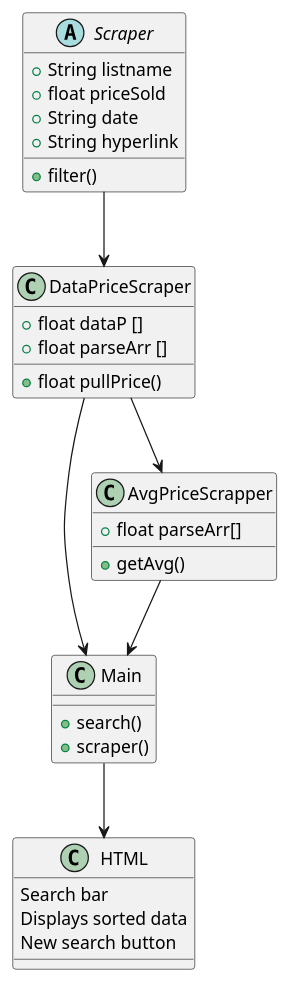
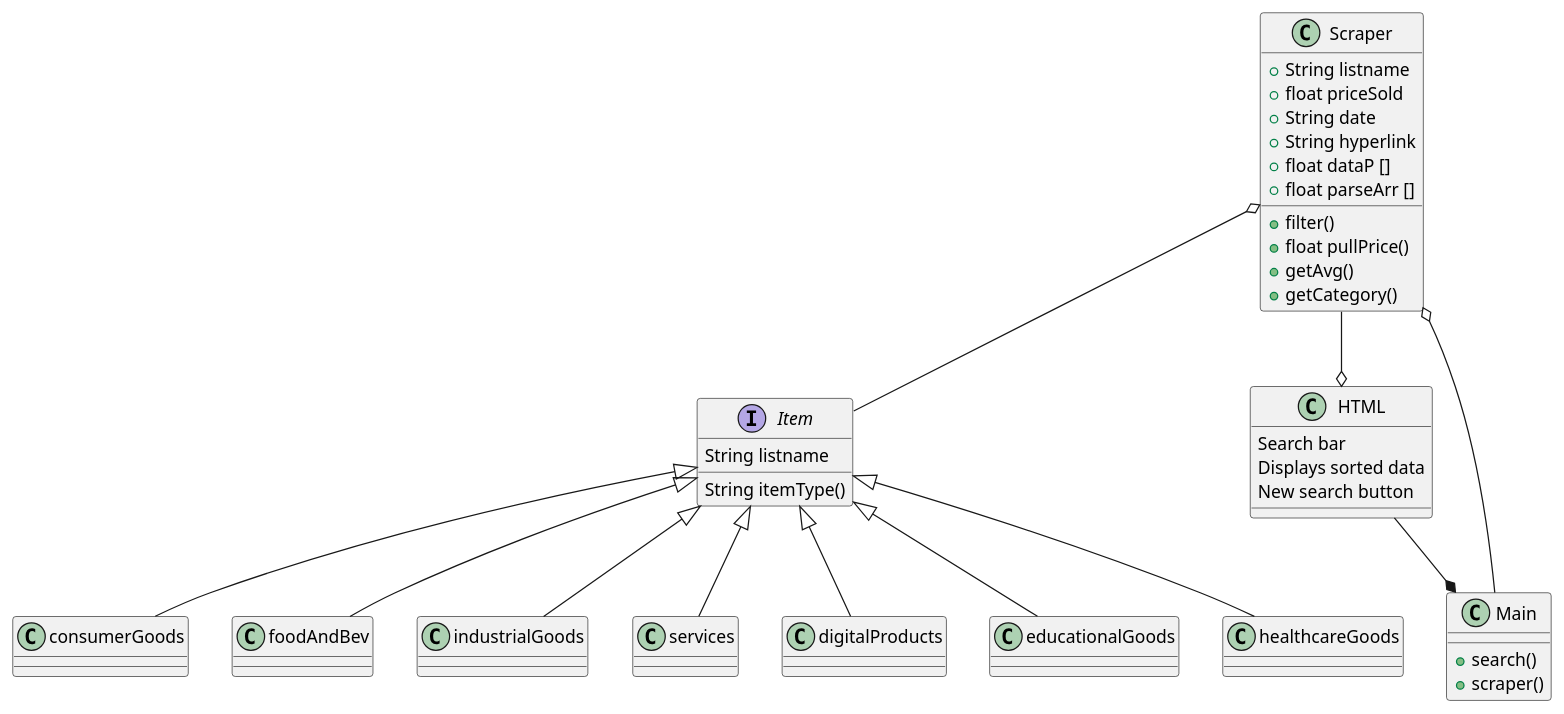
One commit to Grod2/Final-Project-v1.0 changed the diagram in classDiagramFP.puml. Above: the diagram before and after it, drawn with PlantUML.

Commit message:
Update classDiagramFP.puml
Updates including the group's input.

```diff
--- a/classDiagramFP.puml
+++ b/classDiagramFP.puml
@@ -1,41 +1,70 @@
 @startuml
 'https://plantuml.com/class-diagram
 
-abstract class Scraper{
+class Scraper{
 +String listname
 +float priceSold
 +String date
 +String hyperlink
++float dataP []
++float parseArr []
 +filter()
++float pullPrice()
++getAvg()
++getCategory()
 }
+
 class Main {
 +search()
 +scraper()
 }
 
-class DataPriceScraper{
-+float dataP []
-+float parseArr []
-+float pullPrice()
 
+interface Item{
+String listname
+String itemType()
 }
 
-class AvgPriceScrapper{
-+float parseArr[]
-+getAvg()
+class consumerGoods {
+}
+
+class foodAndBev {
+}
+
+class industrialGoods {
+}
+
+class services {
+}
+
+class digitalProducts {
+}
+
+class educationalGoods {
+}
+
+class healthcareGoods {
 }
 
 class HTML {
 Search bar
 Displays sorted data
 New search button
 }
 
-Scraper --> DataPriceScraper
-DataPriceScraper --> AvgPriceScrapper
+Main --o Scraper
+HTML --* Main
 
-DataPriceScraper --> Main
-AvgPriceScrapper --> Main
-Main --> HTML
+Item <|-- consumerGoods
+Item <|-- foodAndBev
+Item <|-- services
+Item <|-- industrialGoods
+Item <|-- educationalGoods
+Item <|-- healthcareGoods
+Item <|-- digitalProducts
+
+
+Scraper o-- Item
+Scraper --o HTML
 
 @enduml
```
